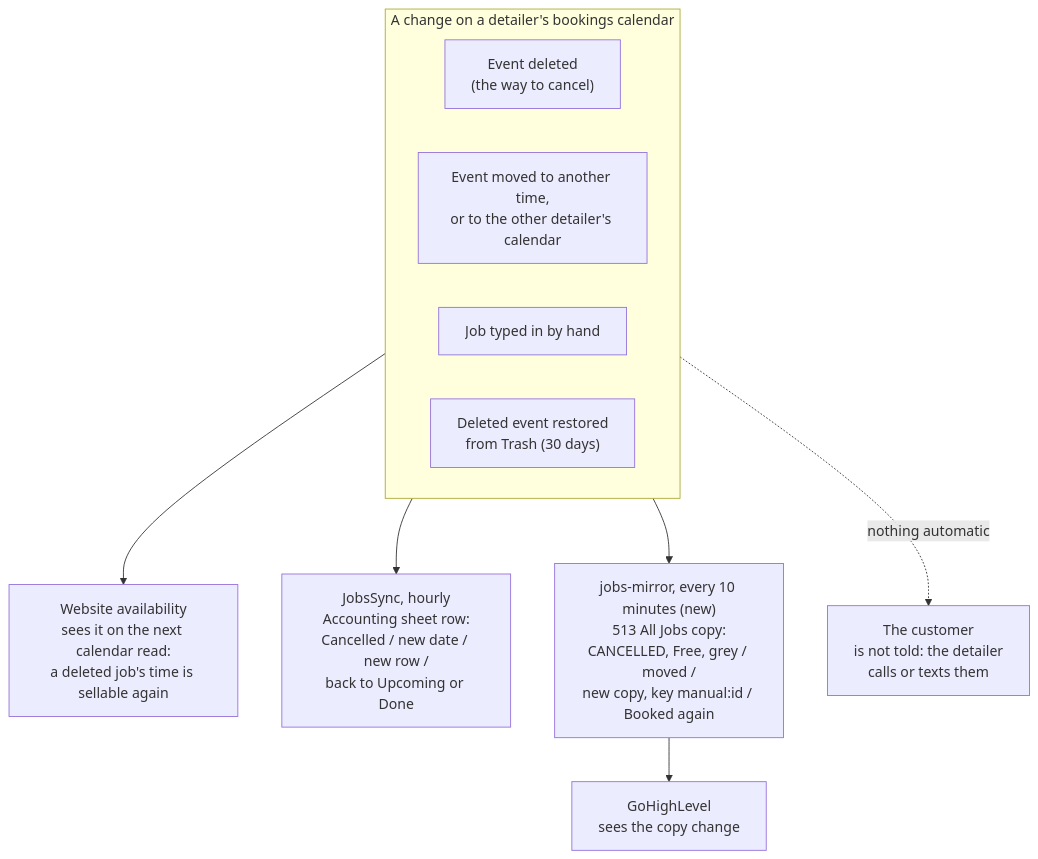
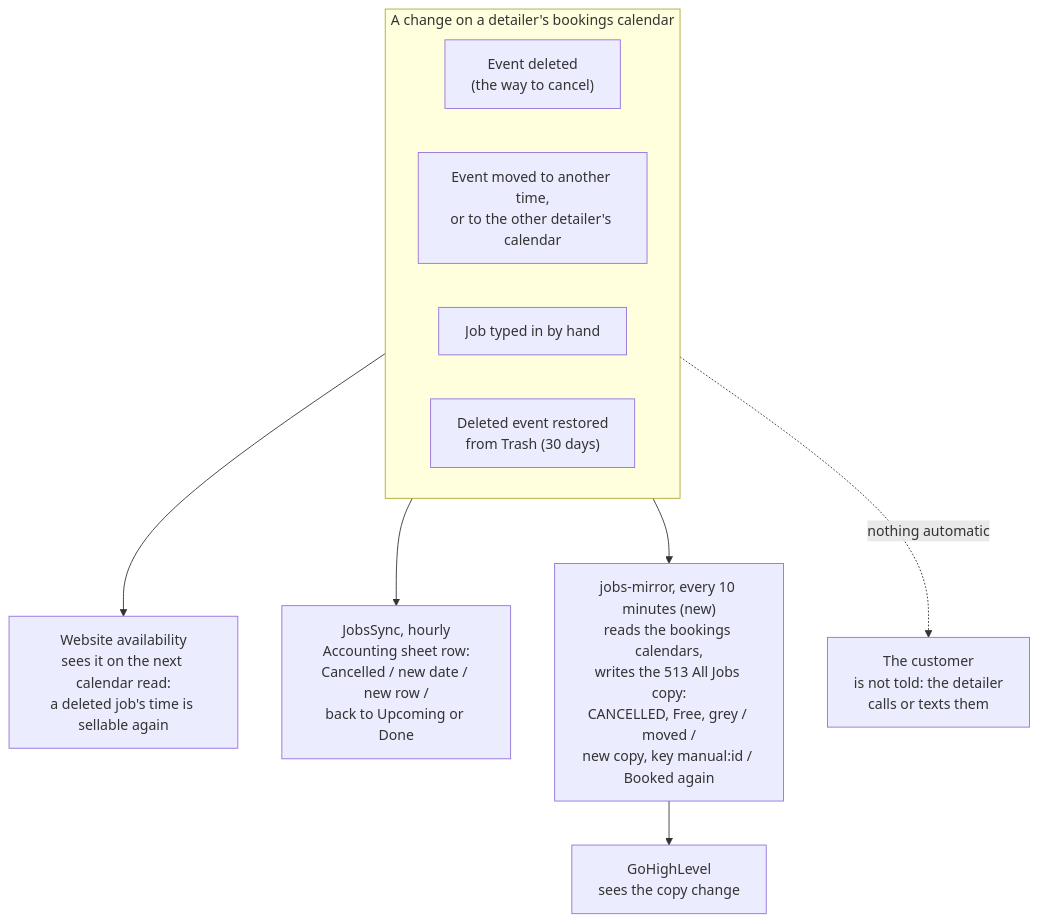
One commit to Ert850/513-Auto-Clean changed the fourth of 5 diagrams in docs/BOOKING-PROCESS-FLOW.md. Above: the diagram before and after it, drawn with Mermaid. The commit also changed other lines of this file and 6 other files, not shown here.

First line of the commit message:
Docs for the 513 All Jobs fix round: logging standard, booking flow (PDFs re-rendered), setup, session notes, CLAUDE.md

````diff
--- a/docs/BOOKING-PROCESS-FLOW.md
+++ b/docs/BOOKING-PROCESS-FLOW.md
@@ -187,15 +189,15 @@
 ```mermaid
 flowchart TD
   subgraph CHANGE["A change on a detailer's bookings calendar"]
     DEL["Event deleted<br/>(the way to cancel)"]
     MOV["Event moved to another time,<br/>or to the other detailer's calendar"]
     TYP["Job typed in by hand"]
     RES["Deleted event restored<br/>from Trash (30 days)"]
   end
 
   CHANGE --> SITE["Website availability<br/>sees it on the next calendar read:<br/>a deleted job's time is sellable again"]
   CHANGE --> JS["JobsSync, hourly<br/>Accounting sheet row:<br/>Cancelled / new date / new row /<br/>back to Upcoming or Done"]
-  CHANGE --> MIR["jobs-mirror, every 10 minutes (new)<br/>513 All Jobs copy:<br/>CANCELLED, Free, grey / moved /<br/>new copy, key manual:id / Booked again"]
+  CHANGE --> MIR["jobs-mirror, every 10 minutes (new)<br/>reads the bookings calendars,<br/>writes the 513 All Jobs copy:<br/>CANCELLED, Free, grey / moved /<br/>new copy, key manual:id / Booked again"]
   MIR --> GHL["GoHighLevel<br/>sees the copy change"]
   CHANGE -. "nothing automatic" .-> CUST["The customer<br/>is not told: the detailer<br/>calls or texts them"]
 ```
````
